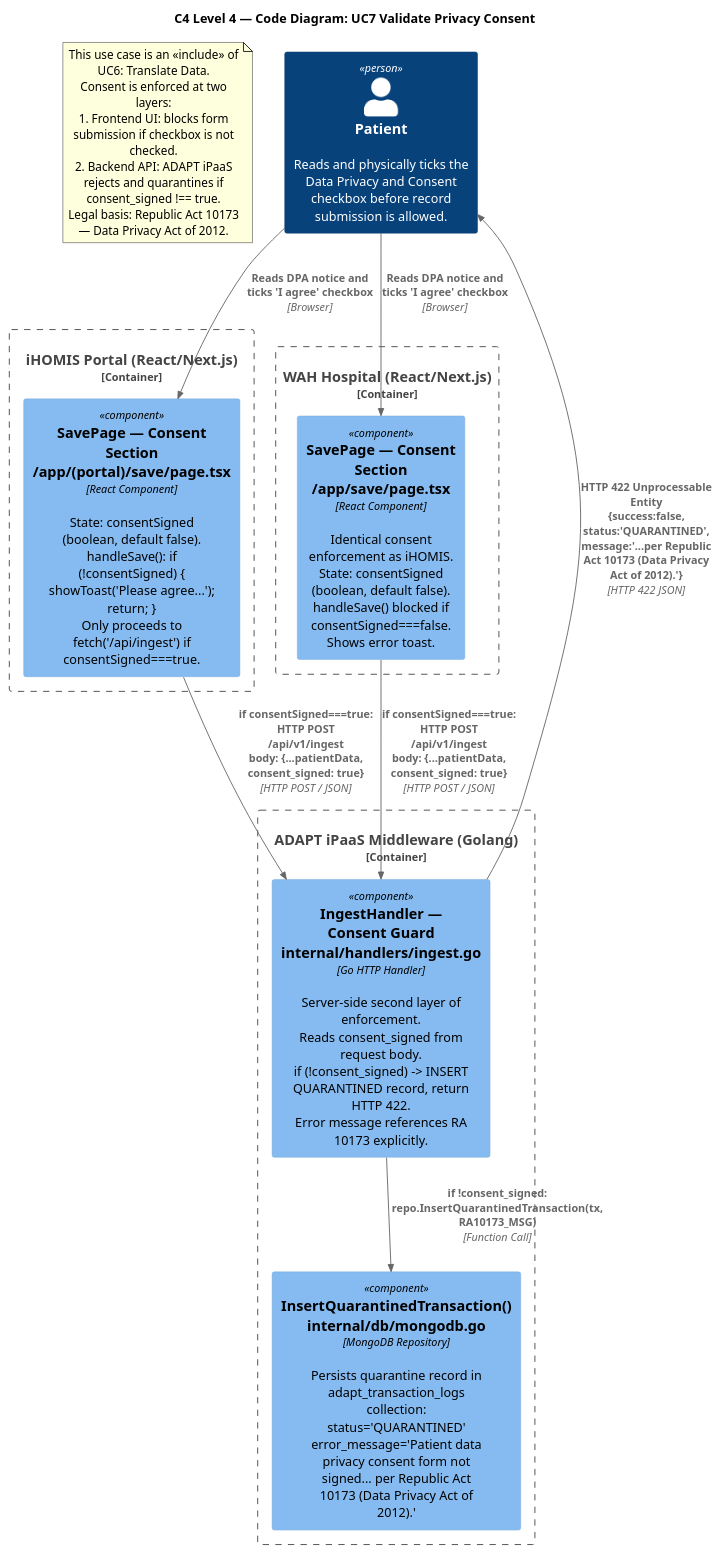
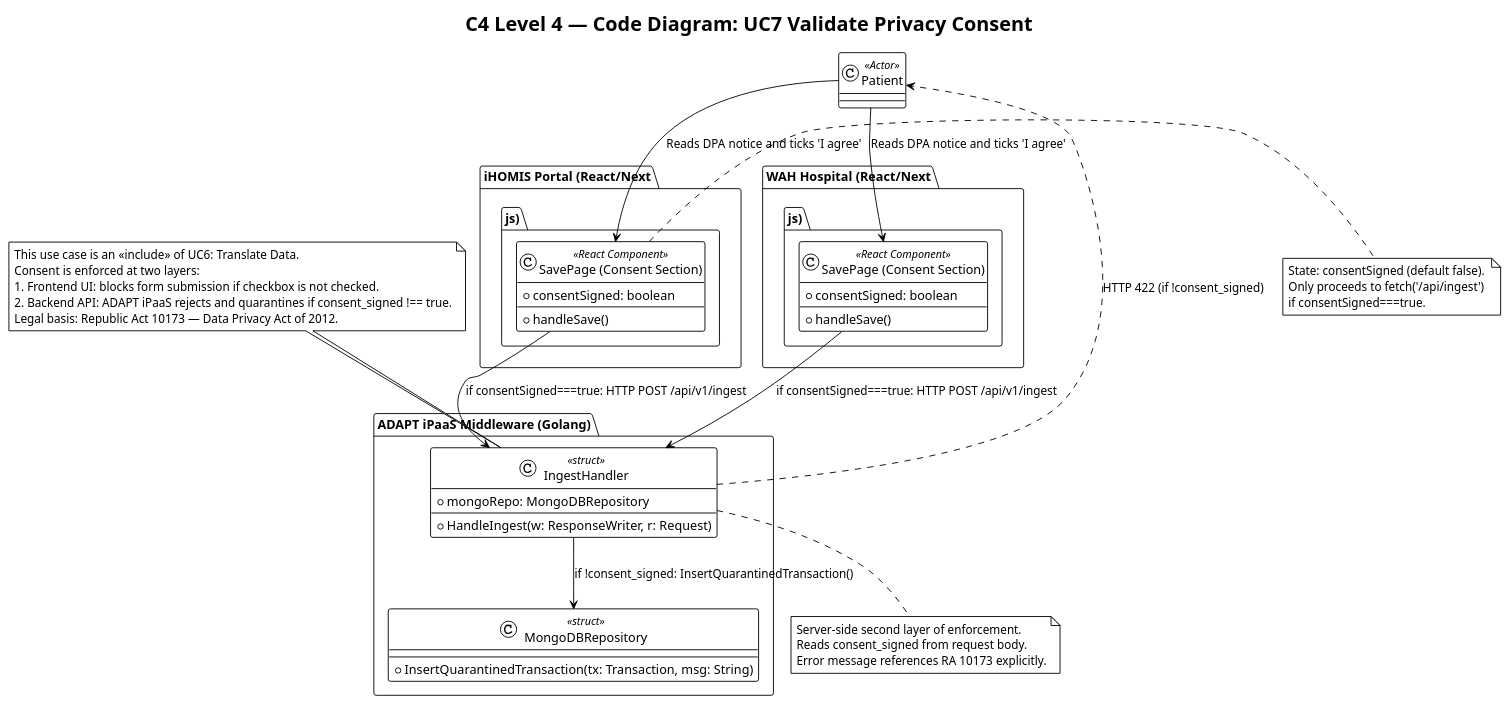
The diagram in docs/MSYADD1/code_diagram/uc7_validate_privacy_consent.puml (APC-SoCIT/APC-2026-2027-T1-IT241-Grp3-WAH4PCE-An-AI-Driven-Interoperability-Bridge-for-iHOMIS), drawn with PlantUML before and after one commit. The commit also changed 6 other files, not shown here.

Commit message:
docs: update C4 level 4 code diagrams for health data requests, processing workflows, and privacy consent validation

```diff
--- a/docs/MSYADD1/code_diagram/uc7_validate_privacy_consent.puml
+++ b/docs/MSYADD1/code_diagram/uc7_validate_privacy_consent.puml
@@ -1,39 +1,62 @@
 @startuml UC7_Validate_Privacy_Consent
-!include https://raw.githubusercontent.com/plantuml-stdlib/C4-PlantUML/master/C4_Component.puml
-
+!theme plain
 title C4 Level 4 — Code Diagram: UC7 Validate Privacy Consent
 
-note as N1
+
+class Patient <<Actor>>
+
+package "iHOMIS Portal (React/Next.js)" {
+    class "SavePage (Consent Section)" as iHOMISConsent <<React Component>> {
+        + consentSigned: boolean
+        + handleSave()
+    }
+}
+
+package "WAH Hospital (React/Next.js)" {
+    class "SavePage (Consent Section)" as WAHConsent <<React Component>> {
+        + consentSigned: boolean
+        + handleSave()
+    }
+}
+
+package "ADAPT iPaaS Middleware (Golang)" {
+    class IngestHandler <<struct>> {
+        + mongoRepo: MongoDBRepository
+        + HandleIngest(w: ResponseWriter, r: Request)
+    }
+
+    class MongoDBRepository <<struct>> {
+        + InsertQuarantinedTransaction(tx: Transaction, msg: String)
+    }
+}
+
+Patient --> iHOMISConsent : Reads DPA notice and ticks 'I agree'
+Patient --> WAHConsent : Reads DPA notice and ticks 'I agree'
+
+iHOMISConsent --> IngestHandler : if consentSigned===true: HTTP POST /api/v1/ingest
+WAHConsent --> IngestHandler : if consentSigned===true: HTTP POST /api/v1/ingest
+
+IngestHandler --> MongoDBRepository : if !consent_signed: InsertQuarantinedTransaction()
+IngestHandler ..> Patient : HTTP 422 (if !consent_signed)
+
+note right of iHOMISConsent
+  State: consentSigned (default false).
+  Only proceeds to fetch('/api/ingest') 
+  if consentSigned===true.
+end note
+
+note bottom of IngestHandler
+  Server-side second layer of enforcement.
+  Reads consent_signed from request body.
+  Error message references RA 10173 explicitly.
+end note
+
+note top of IngestHandler
   This use case is an <<include>> of UC6: Translate Data.
   Consent is enforced at two layers:
   1. Frontend UI: blocks form submission if checkbox is not checked.
   2. Backend API: ADAPT iPaaS rejects and quarantines if consent_signed !== true.
   Legal basis: Republic Act 10173 — Data Privacy Act of 2012.
 end note
 
-Person(patient, "Patient", "Reads and physically ticks the Data Privacy and Consent checkbox before record submission is allowed.")
-
-Container_Boundary(ihomis, "iHOMIS Portal (React/Next.js)") {
-    Component(save_page_consent, "SavePage — Consent Section\n/app/(portal)/save/page.tsx", "React Component", "State: consentSigned (boolean, default false).\nhandleSave(): if (!consentSigned) { showToast('Please agree...'); return; }\nOnly proceeds to fetch('/api/ingest') if consentSigned===true.")
-}
-
-Container_Boundary(wah, "WAH Hospital (React/Next.js)") {
-    Component(wah_save_consent, "SavePage — Consent Section\n/app/save/page.tsx", "React Component", "Identical consent enforcement as iHOMIS.\nState: consentSigned (boolean, default false).\nhandleSave() blocked if consentSigned===false. Shows error toast.")
-}
-
-Container_Boundary(adapt, "ADAPT iPaaS Middleware (Golang)") {
-    Component(adapt_consent_check, "IngestHandler — Consent Guard\ninternal/handlers/ingest.go", "Go HTTP Handler", "Server-side second layer of enforcement.\nReads consent_signed from request body.\nif (!consent_signed) -> INSERT QUARANTINED record, return HTTP 422.\nError message references RA 10173 explicitly.")
-
-    Component(mongo_quarantine, "InsertQuarantinedTransaction()\ninternal/db/mongodb.go", "MongoDB Repository", "Persists quarantine record in adapt_transaction_logs collection:\nstatus='QUARANTINED'\nerror_message='Patient data privacy consent form not signed... per Republic Act 10173 (Data Privacy Act of 2012).'")
-}
-
-Rel(patient, save_page_consent, "Reads DPA notice and ticks 'I agree' checkbox", "Browser")
-Rel(patient, wah_save_consent, "Reads DPA notice and ticks 'I agree' checkbox", "Browser")
-
-Rel(save_page_consent, adapt_consent_check, "if consentSigned===true:\nHTTP POST /api/v1/ingest\nbody: {...patientData, consent_signed: true}", "HTTP POST / JSON")
-Rel(wah_save_consent, adapt_consent_check, "if consentSigned===true:\nHTTP POST /api/v1/ingest\nbody: {...patientData, consent_signed: true}", "HTTP POST / JSON")
-
-Rel(adapt_consent_check, mongo_quarantine, "if !consent_signed:\nrepo.InsertQuarantinedTransaction(tx, RA10173_MSG)", "Function Call")
-Rel(adapt_consent_check, patient, "HTTP 422 Unprocessable Entity\n{success:false, status:'QUARANTINED',\nmessage:'...per Republic Act 10173 (Data Privacy Act of 2012).'}", "HTTP 422 JSON")
-
 @enduml
```
